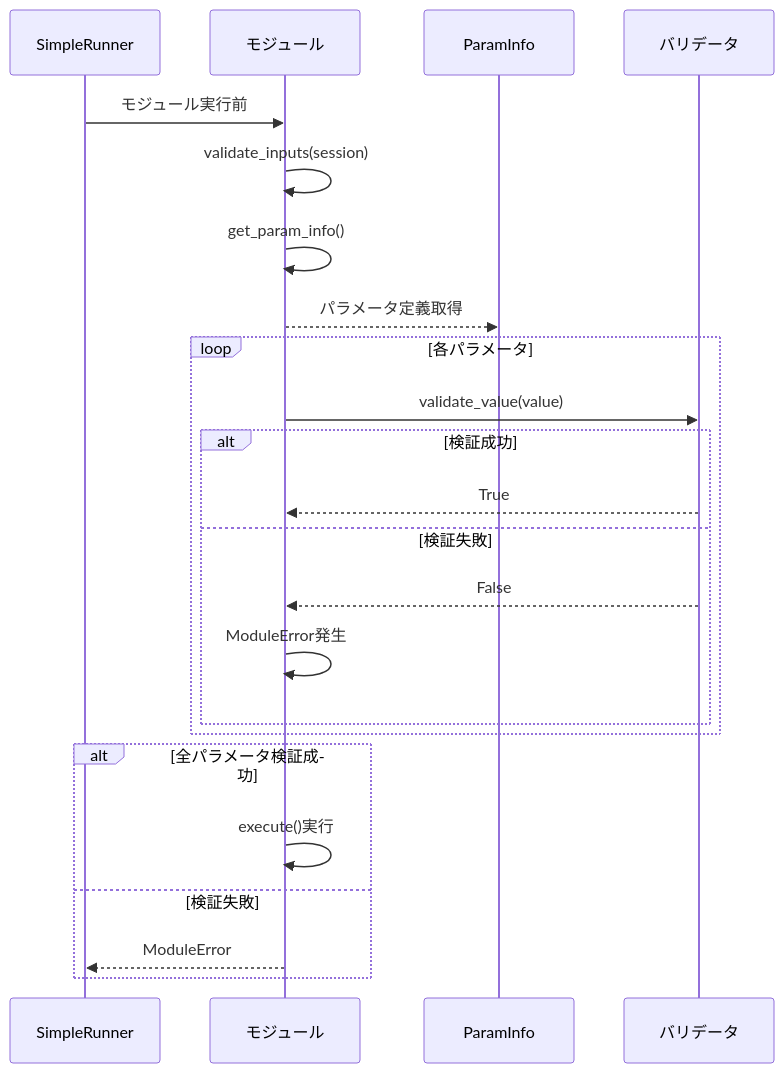
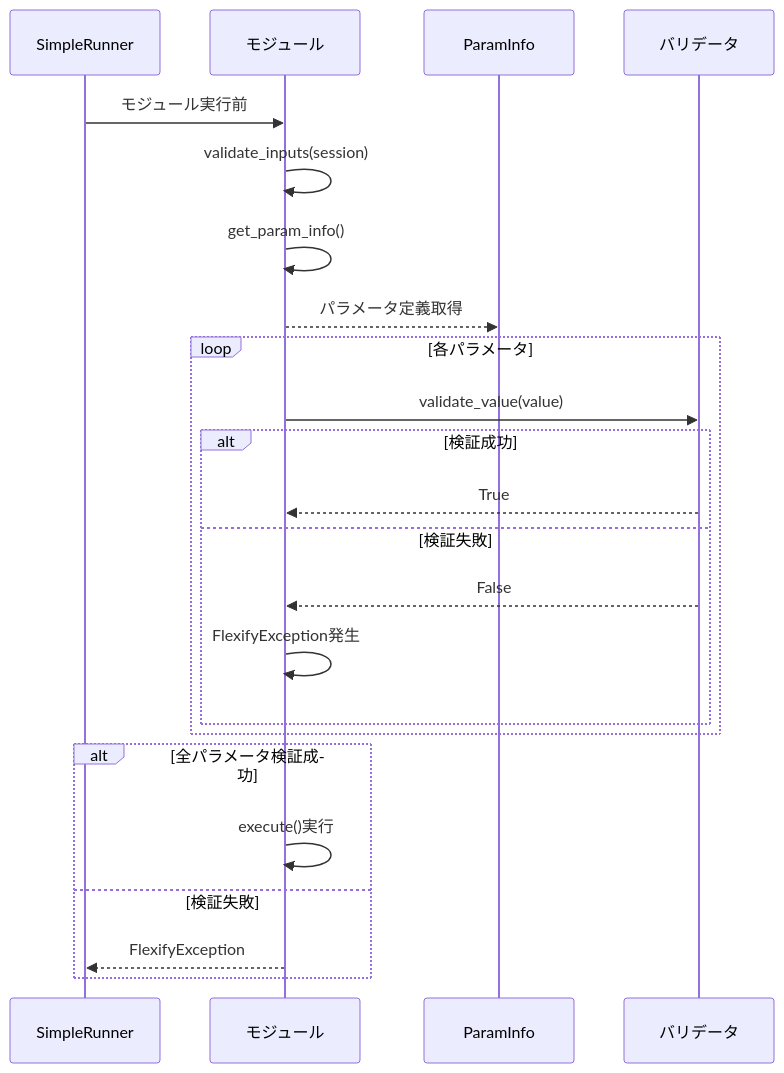
One commit to kitfactory/flexify changed the fifth of 10 diagrams in docs/function_spec.md. Above: the diagram before and after it, drawn with Mermaid. The commit also changed other lines of this file and 16 other files, not shown here.

First line of the commit message:
refactor: Rename ModuleError to FlexifyException

````diff
--- a/docs/function_spec.md
+++ b/docs/function_spec.md
@@ -180,28 +180,28 @@
 ```mermaid
 sequenceDiagram
     participant Runner as SimpleRunner
     participant Module as モジュール
     participant ParamInfo as ParamInfo
     participant Validator as バリデータ
 
     Runner->>Module: モジュール実行前
     Module->>Module: validate_inputs(session)
     Module->>Module: get_param_info()
     Module-->>ParamInfo: パラメータ定義取得
     
     loop 各パラメータ
         Module->>Validator: validate_value(value)
         alt 検証成功
             Validator-->>Module: True
         else 検証失敗
             Validator-->>Module: False
-            Module->>Module: ModuleError発生
+            Module->>Module: FlexifyException発生
         end
     end
     
     alt 全パラメータ検証成功
         Module->>Module: execute()実行
     else 検証失敗
-        Module-->>Runner: ModuleError
+        Module-->>Runner: FlexifyException
     end
 ```
````
